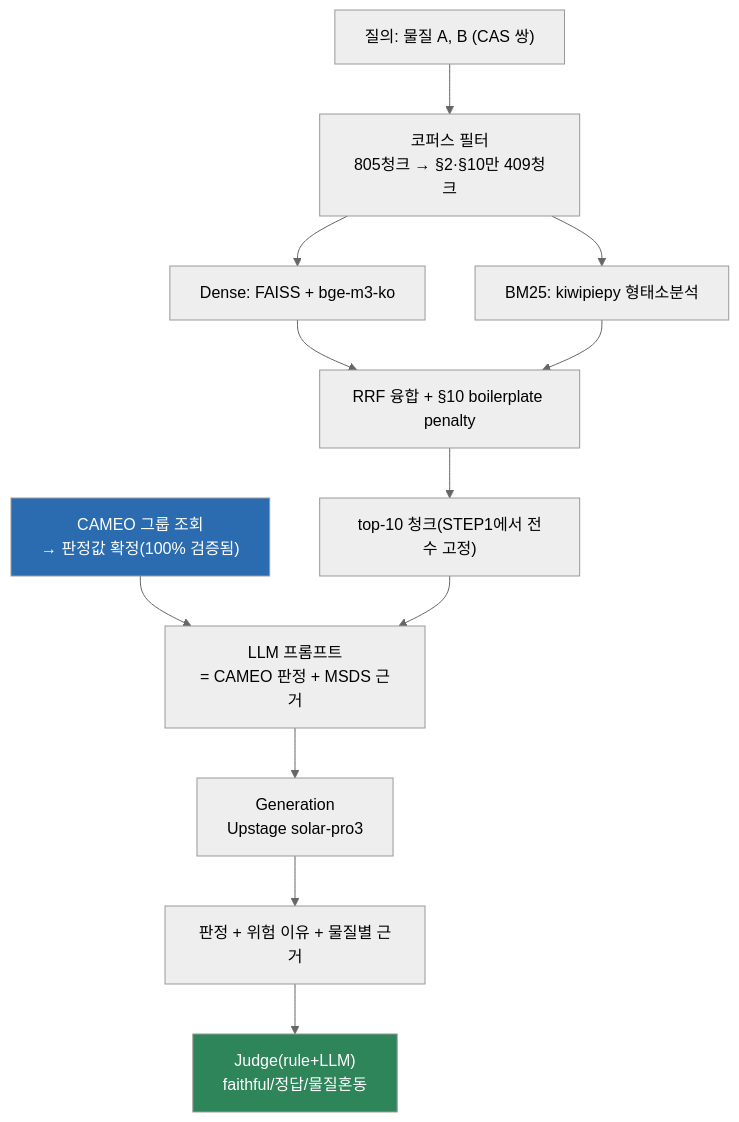
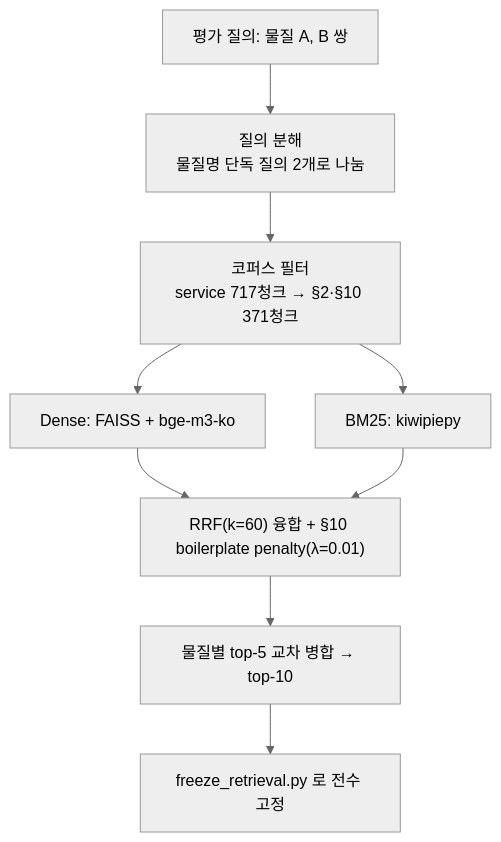
One commit to mungn0603-code/SMART_MSDS changed the second of 2 diagrams in docs/PIPELINE.md. Above: the diagram before and after it, drawn with Mermaid (neutral theme). The commit also changed other lines of this file and 11 other files, not shown here.

````diff
--- a/docs/PIPELINE.md
+++ b/docs/PIPELINE.md
@@ -36,17 +78,11 @@
 ```mermaid
 flowchart TB
-    Q["질의: 물질 A, B (CAS 쌍)"] --> F["코퍼스 필터\n805청크 → §2·§10만 409청크"]
+    Q["평가 질의: 물질 A, B 쌍"] --> DEC["질의 분해<br/>물질명 단독 질의 2개로 나눔"]
+    DEC --> F["코퍼스 필터<br/>service 717청크 → §2·§10 371청크"]
     F --> D2["Dense: FAISS + bge-m3-ko"]
-    F --> BM["BM25: kiwipiepy 형태소분석"]
-    D2 --> RRF["RRF 융합 + §10 boilerplate penalty"]
+    F --> BM["BM25: kiwipiepy"]
+    D2 --> RRF["RRF(k=60) 융합 + §10 boilerplate penalty(λ=0.01)"]
     BM --> RRF
-    RRF --> TOP["top-10 청크(STEP1에서 전수 고정)"]
-    CAMEO["CAMEO 그룹 조회\n→ 판정값 확정(100% 검증됨)"] --> PROMPT
-    TOP --> PROMPT["LLM 프롬프트\n= CAMEO 판정 + MSDS 근거"]
-    PROMPT --> LLM["Generation\nUpstage solar-pro3"]
-    LLM --> OUT["판정 + 위험 이유 + 물질별 근거"]
-    OUT --> JUDGE["Judge(rule+LLM)\nfaithful/정답/물질혼동"]
-
-    style CAMEO fill:#2b6cb0,color:#fff
-    style JUDGE fill:#2f855a,color:#fff
+    RRF --> TOP["물질별 top-5 교차 병합 → top-10"]
+    TOP --> FZ["freeze_retrieval.py 로 전수 고정"]
 ```
````
